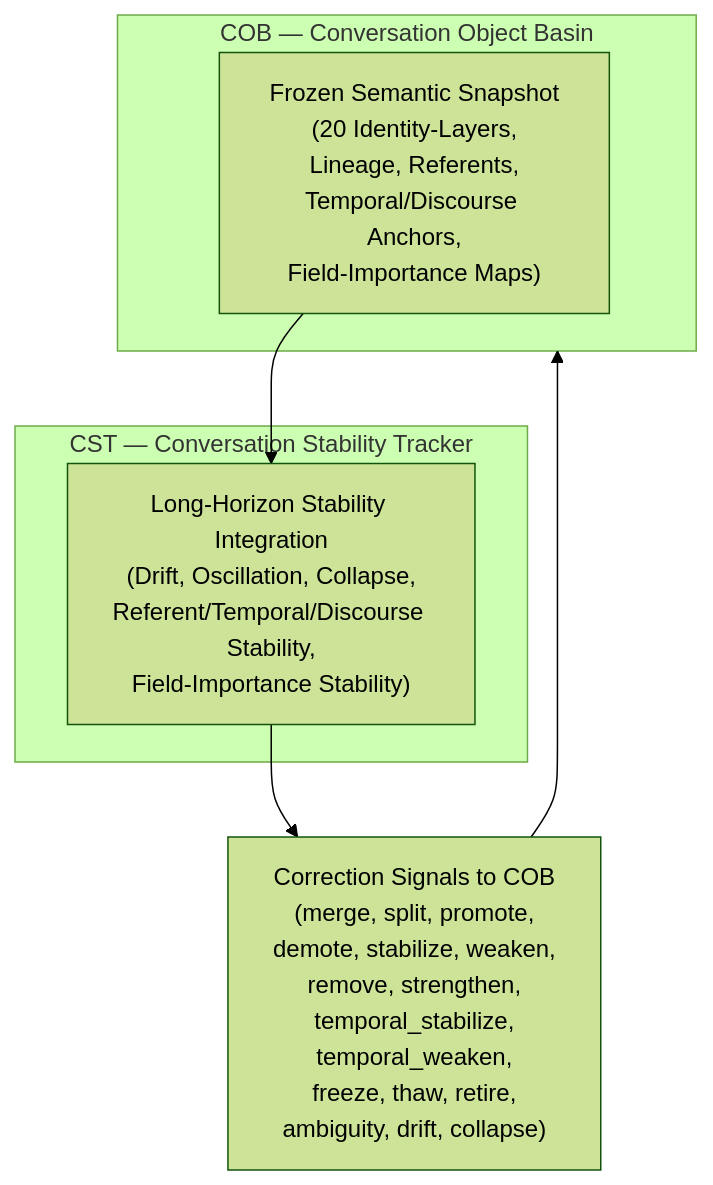
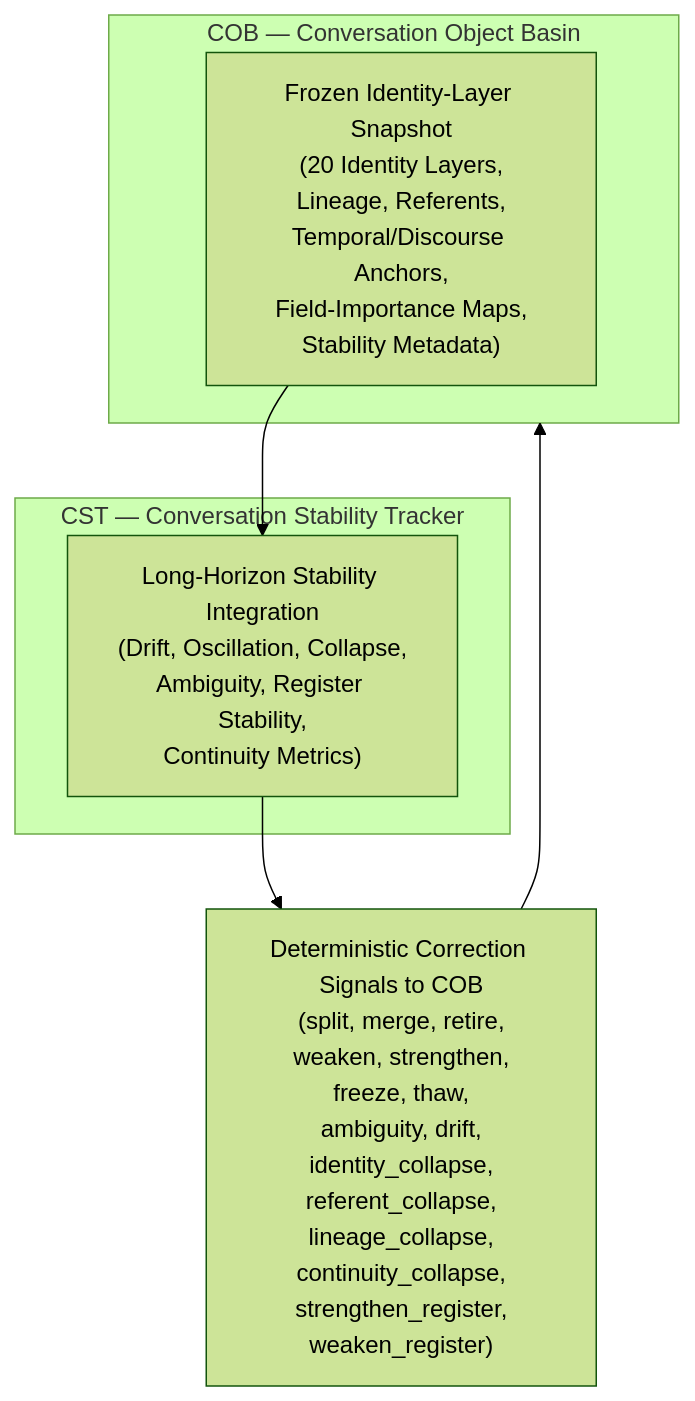
Before and after one commit to CuriousOne23/WhenMathPrays: the diagram in thought_simulator/20_requirements/20.32.010_cst_requirements.md, drawn with Mermaid (forest theme). The commit also changed other lines of this file, not shown here.

````diff
--- a/thought_simulator/20_requirements/20.32.010_cst_requirements.md
+++ b/thought_simulator/20_requirements/20.32.010_cst_requirements.md
@@ -26,16 +25,16 @@
 ```mermaid
 flowchart TD
 
     subgraph COB["COB — Conversation Object Basin"]
-        COBsnap["Frozen Semantic Snapshot<br/>(20 Identity-Layers,<br/>Lineage, Referents,<br/>Temporal/Discourse Anchors,<br/>Field-Importance Maps)"]
+        COBsnap["Frozen Identity-Layer Snapshot<br/>(20 Identity Layers,<br/>Lineage, Referents,<br/>Temporal/Discourse Anchors,<br/>Field-Importance Maps,<br/>Stability Metadata)"]
     end
 
     subgraph CST["CST — Conversation Stability Tracker"]
-        CSTproc["Long-Horizon Stability Integration<br/>(Drift, Oscillation, Collapse,<br/>Referent/Temporal/Discourse Stability,<br/>Field-Importance Stability)"]
+        CSTproc["Long-Horizon Stability Integration<br/>(Drift, Oscillation, Collapse,<br/>Ambiguity, Register Stability,<br/>Continuity Metrics)"]
     end
 
     COBsnap --> CSTproc
-    CSTproc --> COBcorr["Correction Signals to COB<br/>(merge, split, promote,<br/>demote, stabilize, weaken,<br/>remove, strengthen,<br/>temporal_stabilize,<br/>temporal_weaken,<br/>freeze, thaw, retire,<br/>ambiguity, drift, collapse)"]
+    CSTproc --> COBcorr["Deterministic Correction Signals to COB<br/>(split, merge, retire,<br/>weaken, strengthen,<br/>freeze, thaw,<br/>ambiguity, drift,<br/>identity_collapse,<br/>referent_collapse,<br/>lineage_collapse,<br/>continuity_collapse,<br/>strengthen_register,<br/>weaken_register)"]
 
     COBcorr --> COB
 ```
````
